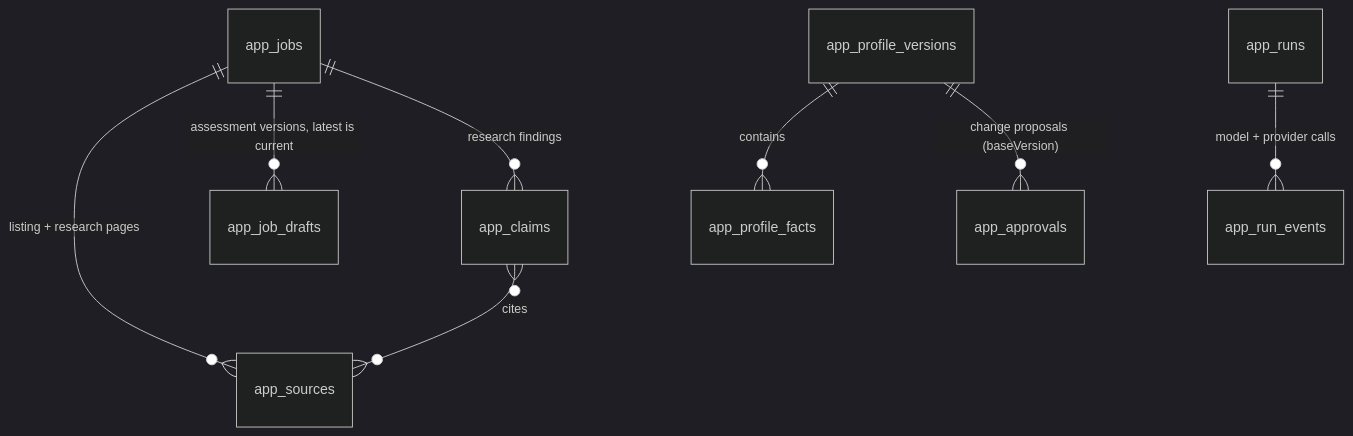
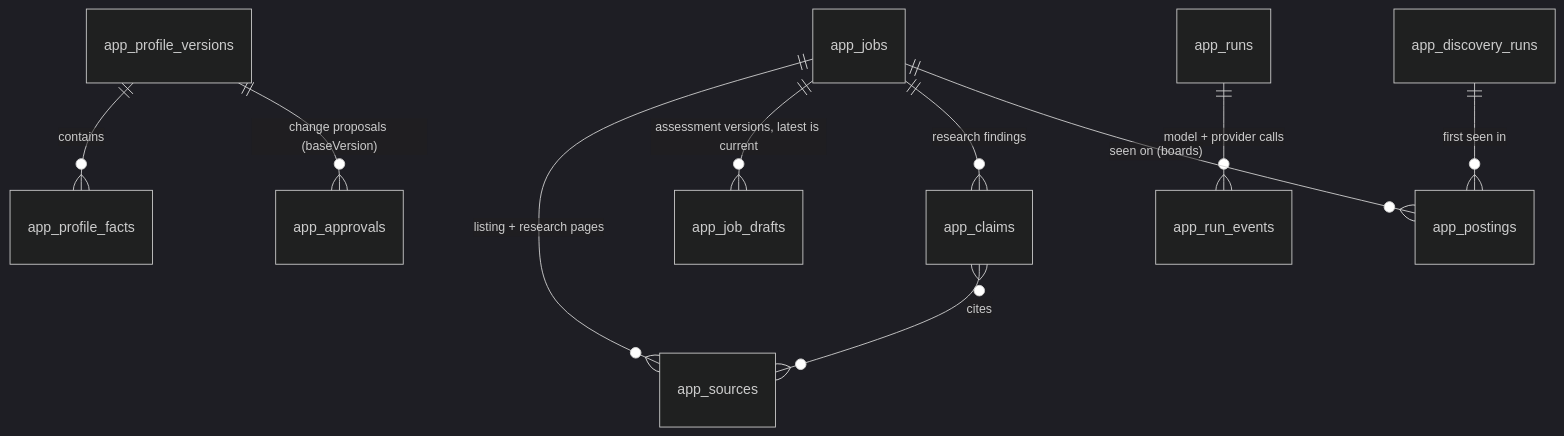
One commit to pppdns/job-agent-mastra changed diagram 13 of 14 in docs/architecture.md. Above: the diagram before and after it, drawn with Mermaid (dark theme). The commit also changed other lines of this file and 9 other files, not shown here.

````diff
--- a/docs/architecture.md
+++ b/docs/architecture.md
@@ -341,10 +364,12 @@
 ```mermaid
 erDiagram
   app_jobs ||--o{ app_sources : "listing + research pages"
   app_jobs ||--o{ app_job_drafts : "assessment versions, latest is current"
   app_jobs ||--o{ app_claims : "research findings"
   app_claims }o--o{ app_sources : cites
   app_profile_versions ||--o{ app_profile_facts : contains
   app_profile_versions ||--o{ app_approvals : "change proposals (baseVersion)"
   app_runs ||--o{ app_run_events : "model + provider calls"
+  app_jobs ||--o{ app_postings : "seen on (boards)"
+  app_discovery_runs ||--o{ app_postings : "first seen in"
 ```
````
